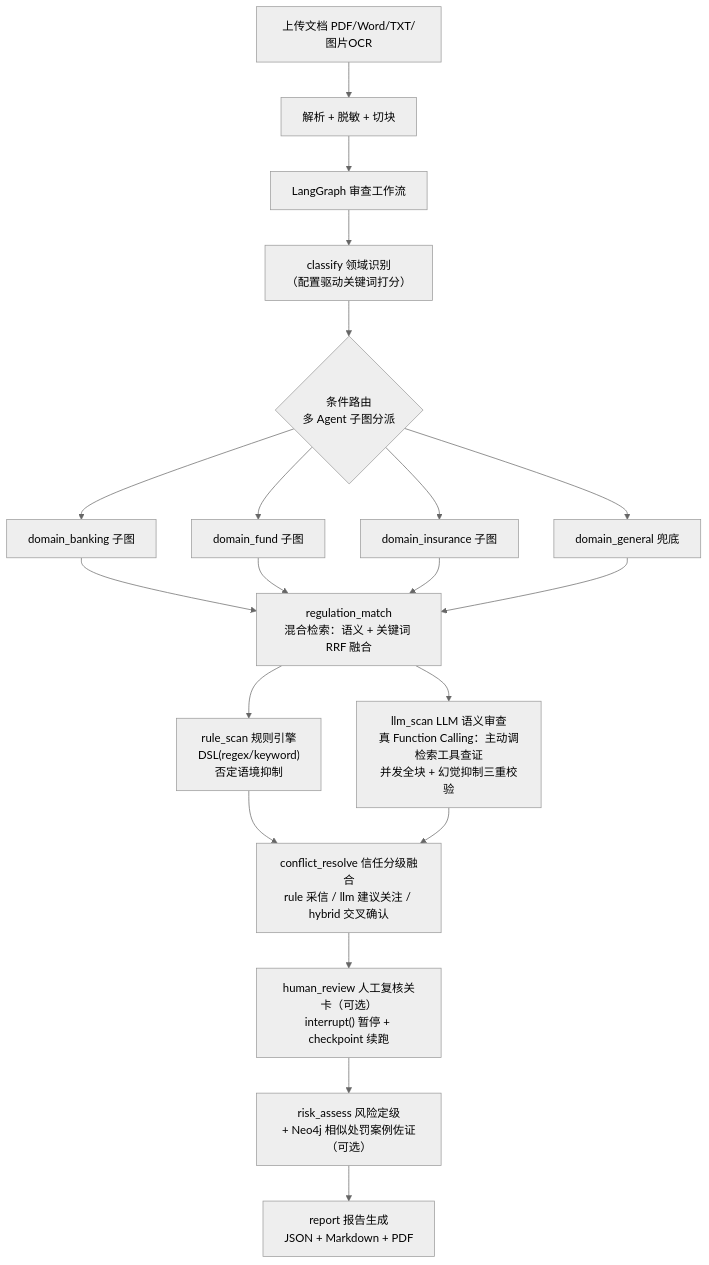
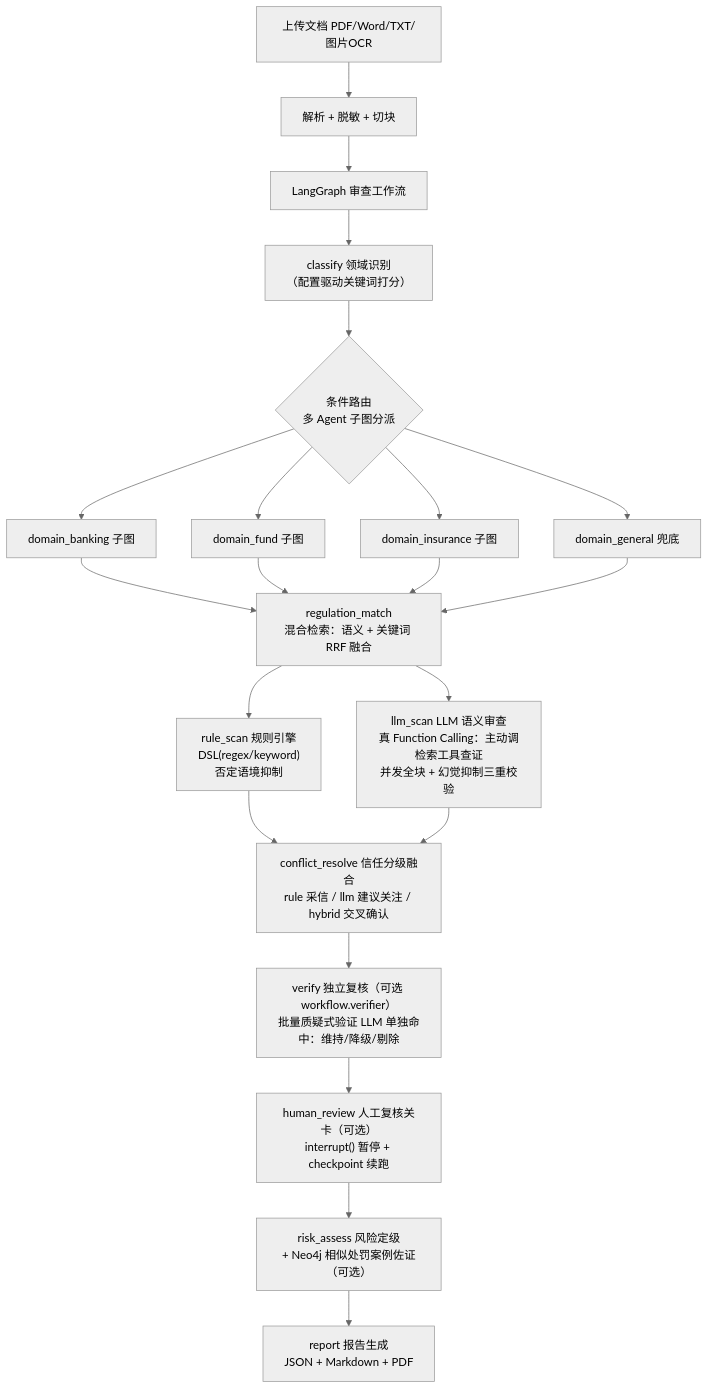
Before and after one commit to zzh200215/AIPromoGuard: the first of 3 diagrams in README.md, drawn with Mermaid (neutral theme). The commit also changed 1 other file, not shown here.

Commit message:
docs: agents.md 补四批新组件合约（Verifier Agent/先例记忆/强度分级/注入防护/深查工具箱）+ README 架构图加 verify 节点

````diff
--- a/README.md
+++ b/README.md
@@ -27,22 +27,23 @@
 ```mermaid
 flowchart TD
     U["上传文档 PDF/Word/TXT/图片OCR"] --> P["解析 + 脱敏 + 切块"]
     P --> G["LangGraph 审查工作流"]
     G --> C["classify 领域识别<br/>（配置驱动关键词打分）"]
     C --> ROUTE{"条件路由<br/>多 Agent 子图分派"}
     ROUTE --> DS1["domain_banking 子图"]
     ROUTE --> DS2["domain_fund 子图"]
     ROUTE --> DS3["domain_insurance 子图"]
     ROUTE --> DG["domain_general 兜底"]
     DS1 --> M["regulation_match<br/>混合检索：语义 + 关键词 RRF 融合"]
     DS2 --> M
     DS3 --> M
     DG --> M
     M --> R["rule_scan 规则引擎<br/>DSL(regex/keyword)<br/>否定语境抑制"]
     M --> L["llm_scan LLM 语义审查<br/>真 Function Calling：主动调检索工具查证<br/>并发全块 + 幻觉抑制三重校验"]
     R --> F["conflict_resolve 信任分级融合<br/>rule 采信 / llm 建议关注 / hybrid 交叉确认"]
     L --> F
-    F --> H["human_review 人工复核关卡（可选）<br/>interrupt() 暂停 + checkpoint 续跑"]
+    F --> V["verify 独立复核（可选 workflow.verifier）<br/>批量质疑式验证 LLM 单独命中：维持/降级/剔除"]
+    V --> H["human_review 人工复核关卡（可选）<br/>interrupt() 暂停 + checkpoint 续跑"]
     H --> K["risk_assess 风险定级<br/>+ Neo4j 相似处罚案例佐证（可选）"]
     K --> REP["report 报告生成<br/>JSON + Markdown + PDF"]
 ```
````
